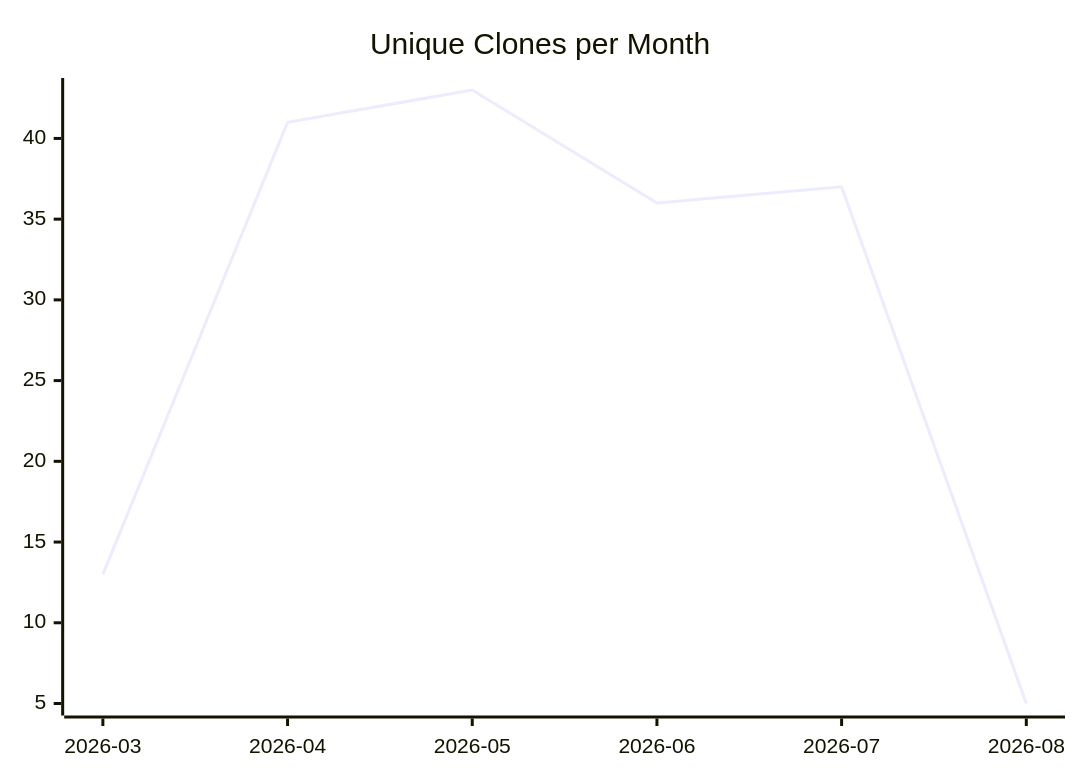
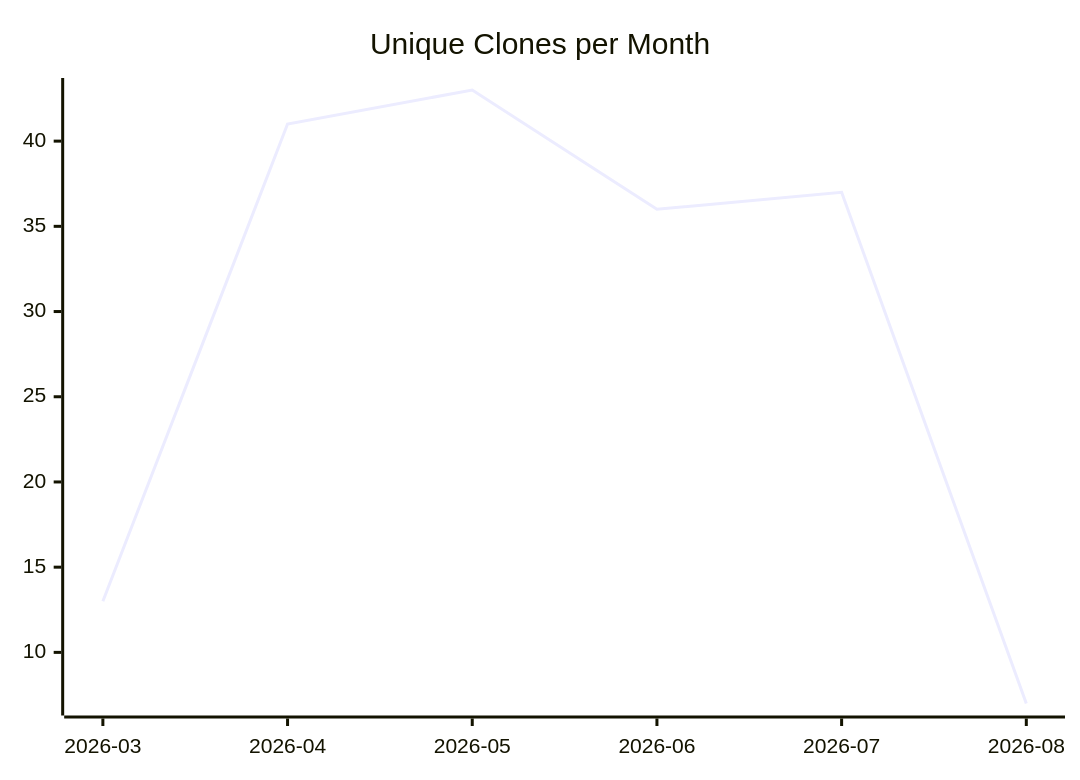
The third of 3 diagrams in karlmdavis/usgs-water-api-java/README.md (justdavis-family/github-analytics-data), drawn with Mermaid before and after one commit. The commit also changed other lines of this file and 190 other files, not shown here.

````diff
--- a/karlmdavis/usgs-water-api-java/README.md
+++ b/karlmdavis/usgs-water-api-java/README.md
@@ -19,6 +19,6 @@
 ```mermaid
 xychart-beta
   title "Unique Clones per Month"
   x-axis ["2026-03", "2026-04", "2026-05", "2026-06", "2026-07", "2026-08"]
-  line [13, 41, 43, 36, 37, 5]
+  line [13, 41, 43, 36, 37, 7]
 ```
````
